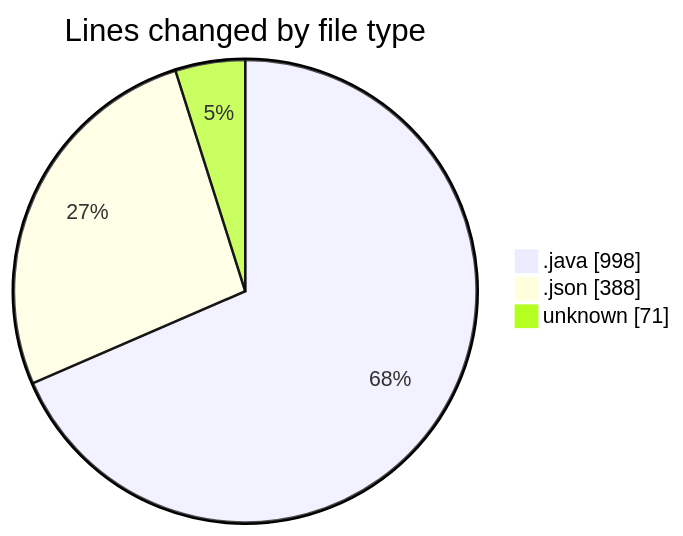
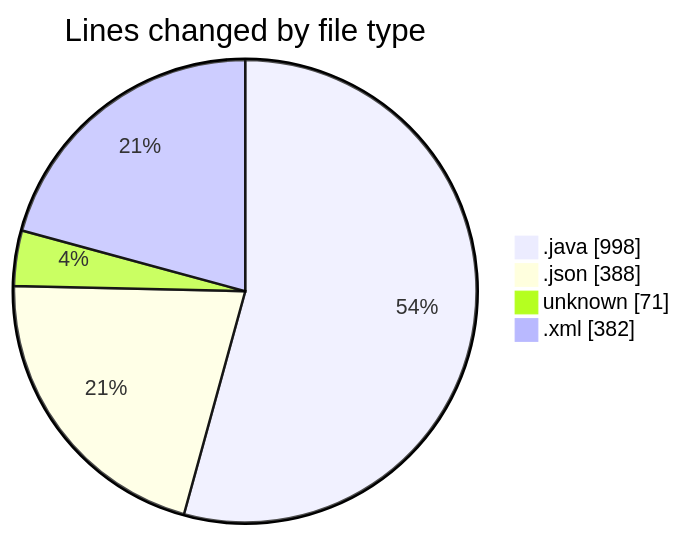
One commit to charlie-sans/code-tracking changed the first of 2 diagrams in 2025-02-25/micros/README.md. Above: the diagram before and after it, drawn with Mermaid. The commit also changed other lines of this file and 1 other file, not shown here.

````diff
--- a/2025-02-25/micros/README.md
+++ b/2025-02-25/micros/README.md
@@ -24,7 +25,8 @@
 ```mermaid
 pie showData
 title Lines changed by file type
 ".java" : 998
 ".json" : 388
 "unknown" : 71
+".xml" : 382
 ```
````
